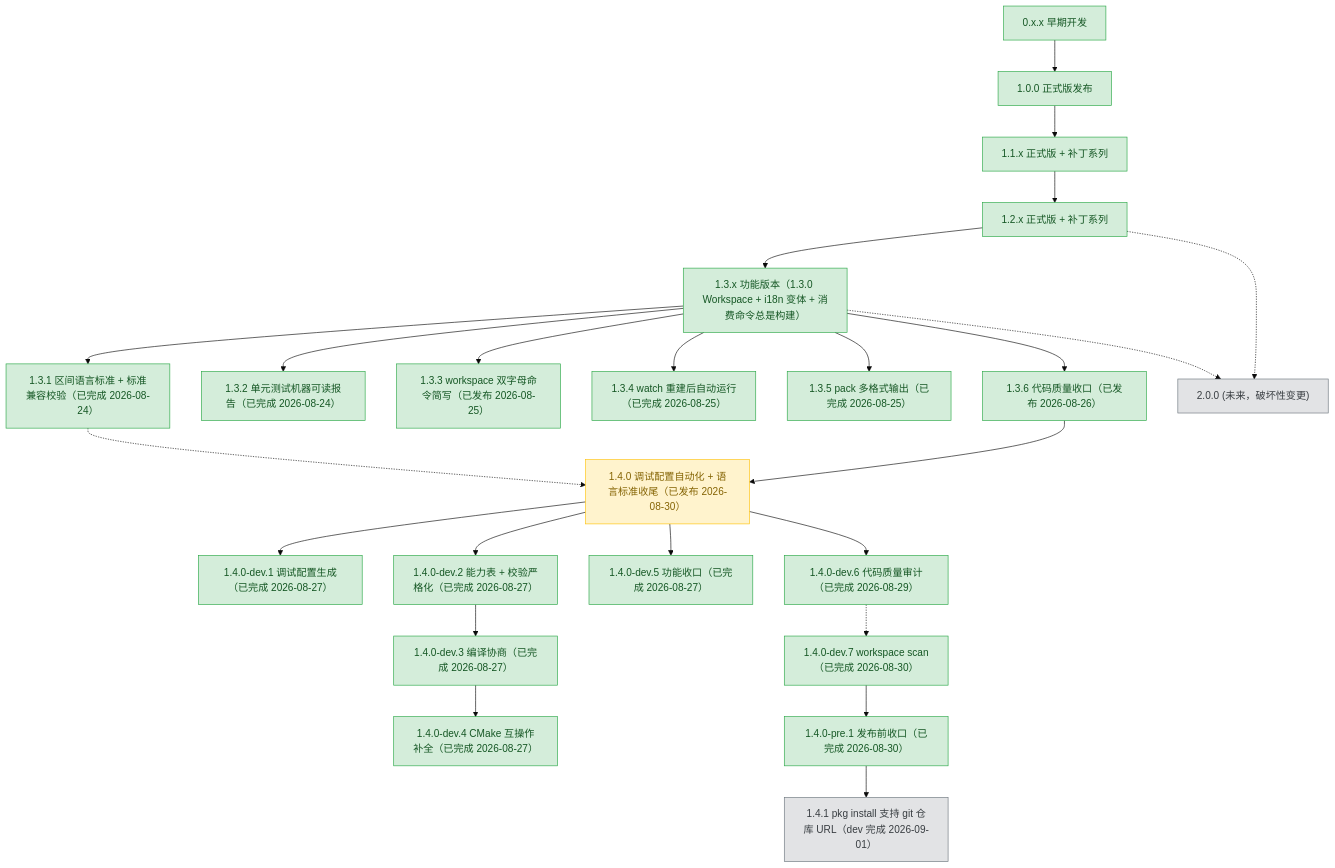
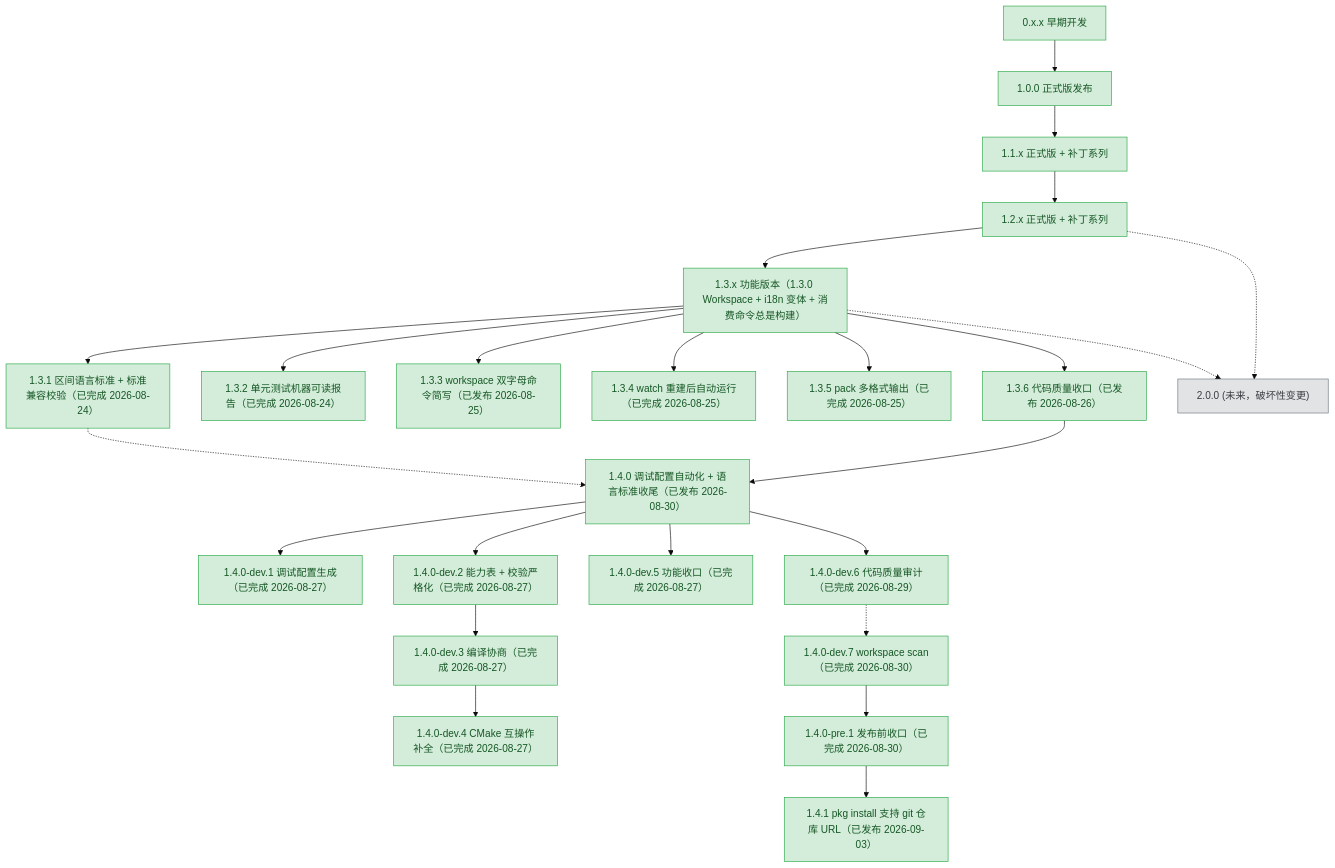
One commit to 3667808244/EazyMake changed the diagram in plans/README.md. Above: the diagram before and after it, drawn with Mermaid (base theme). The commit also changed other lines of this file and 5 other files, not shown here.

````diff
--- a/plans/README.md
+++ b/plans/README.md
@@ -66,75 +66,75 @@
 ```mermaid
 graph TD
     v0xx["0.x.x 早期开发"]
     v100["1.0.0 正式版发布"]
     v11x["1.1.x 正式版 + 补丁系列"]
     v12x["1.2.x 正式版 + 补丁系列"]
     v13x["1.3.x 功能版本（1.3.0 Workspace + i18n 变体 + 消费命令总是构建）"]
     v131["1.3.1 区间语言标准 + 标准兼容校验（已完成 2026-08-24）"]
     v132["1.3.2 单元测试机器可读报告（已完成 2026-08-24）"]
     v133["1.3.3 workspace 双字母命令简写（已发布 2026-08-25）"]
     v134["1.3.4 watch 重建后自动运行（已完成 2026-08-25）"]
     v135["1.3.5 pack 多格式输出（已完成 2026-08-25）"]
     v136["1.3.6 代码质量收口（已发布 2026-08-26）"]
     v140["1.4.0 调试配置自动化 + 语言标准收尾（已发布 2026-08-30）"]
     v141["1.4.0-dev.1 调试配置生成（已完成 2026-08-27）"]
     v142["1.4.0-dev.2 能力表 + 校验严格化（已完成 2026-08-27）"]
     v143["1.4.0-dev.3 编译协商（已完成 2026-08-27）"]
     v144["1.4.0-dev.4 CMake 互操作补全（已完成 2026-08-27）"]
     v145["1.4.0-dev.5 功能收口（已完成 2026-08-27）"]
     v146["1.4.0-dev.6 代码质量审计（已完成 2026-08-29）"]
     v147["1.4.0-dev.7 workspace scan（已完成 2026-08-30）"]
     v148["1.4.0-pre.1 发布前收口（已完成 2026-08-30）"]
-    v141p["1.4.1 pkg install 支持 git 仓库 URL（dev 完成 2026-09-01）"]
+    v141p["1.4.1 pkg install 支持 git 仓库 URL（已发布 2026-09-03）"]
     v200["2.0.0 (未来，破坏性变更)"]
 
     v0xx --> v100
     v100 --> v11x
     v11x --> v12x
     v12x --> v13x
     v13x --> v131
     v13x --> v132
     v13x --> v133
     v13x --> v134
     v13x --> v135
     v13x --> v136
     v136 --> v140
     v140 --> v141
     v140 --> v142
     v142 --> v143
     v143 --> v144
     v140 --> v145
     v140 --> v146
     v146 -.-> v147
     v147 --> v148
     v148 --> v141p
     v131 -.-> v140
     v12x -.-> v200
     v13x -.-> v200
 
     classDef done fill:#d4edda,stroke:#28a745,color:#155724;
     classDef active fill:#fff3cd,stroke:#ffc107,color:#856404;
     classDef todo fill:#e2e3e5,stroke:#6c757d,color:#383d41;
 
     class v0xx,v100 done;
     class v11x done;
     class v12x done;
     class v13x done;
     class v131 done;
     class v132 done;
     class v133 done;
     class v134 done;
     class v135 done;
     class v136 done;
-    class v140 active;
+    class v140 done;
     class v141 done;
     class v142 done;
     class v143 done;
     class v144 done;
     class v145 done;
     class v146 done;
     class v147 done;
     class v148 done;
-    class v141p todo;
+    class v141p done;
     class v200 todo;
 ```
````
